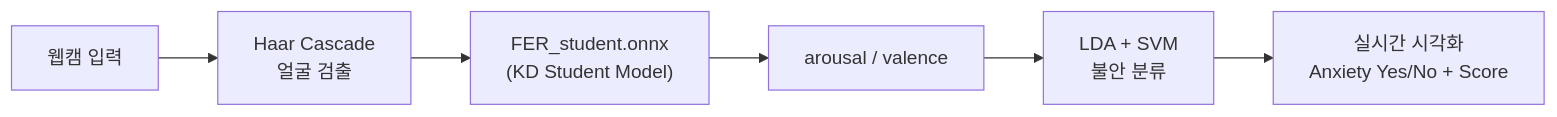
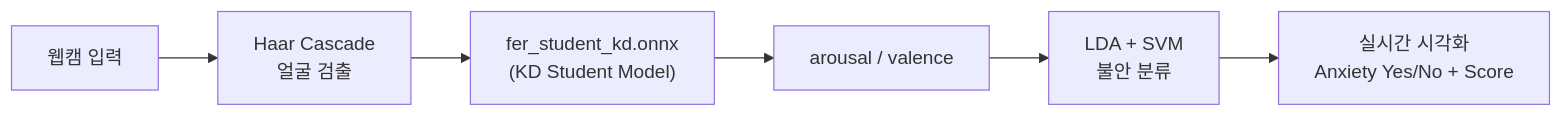
Before and after one commit to sukoji/emonet-anxiety-detection: the diagram in README.md, drawn with Mermaid. The commit also changed other lines of this file and 7 other files, not shown here.

````diff
--- a/README.md
+++ b/README.md
@@ -49,8 +49,8 @@
 ```mermaid
 flowchart LR
     CAM["웹캠 입력"] --> FACE["Haar Cascade\n얼굴 검출"]
-    FACE --> ONNX["FER_student.onnx\n(KD Student Model)"]
+    FACE --> ONNX["fer_student_kd.onnx\n(KD Student Model)"]
     ONNX --> AV["arousal / valence"]
     AV --> LDA["LDA + SVM\n불안 분류"]
     LDA --> UI["실시간 시각화\nAnxiety Yes/No + Score"]
 ```
````
